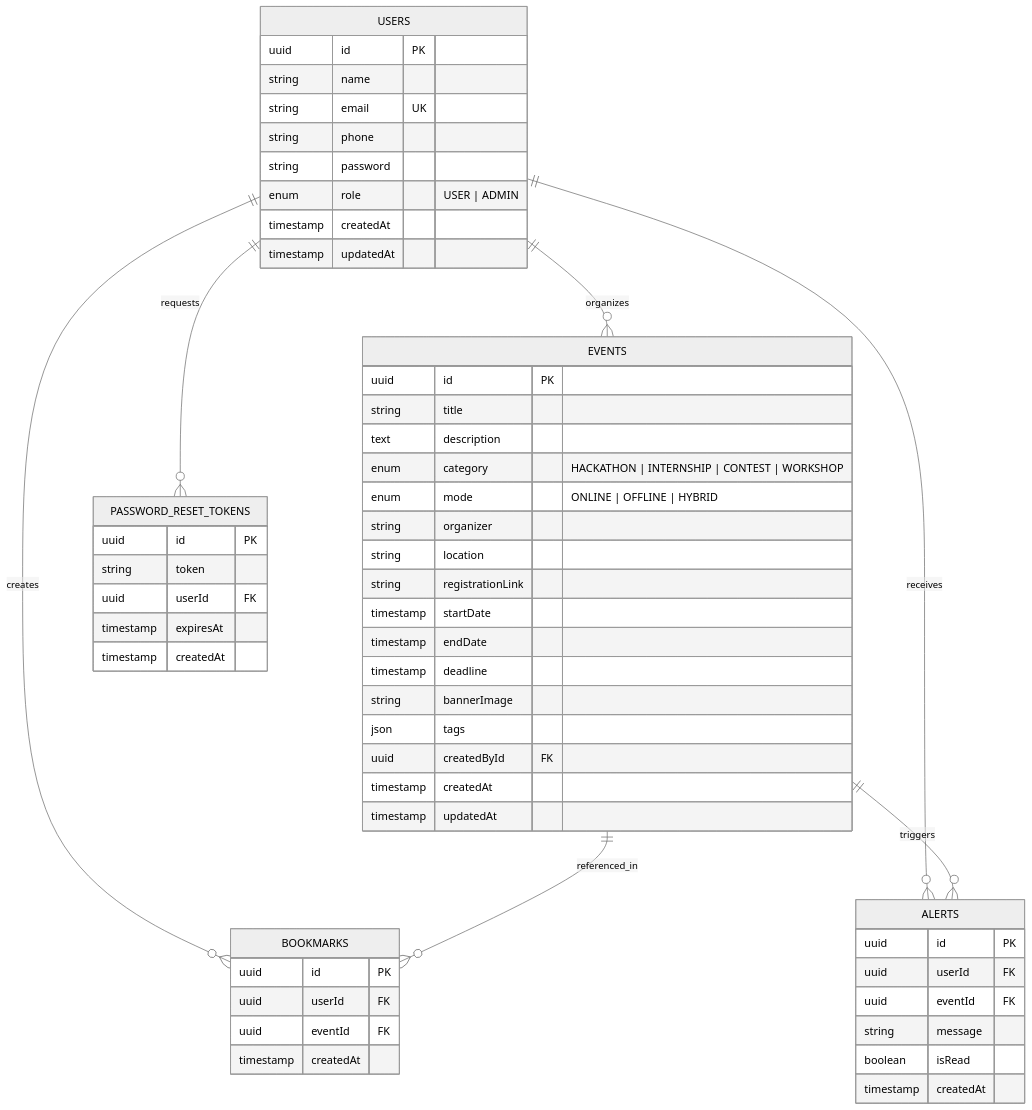
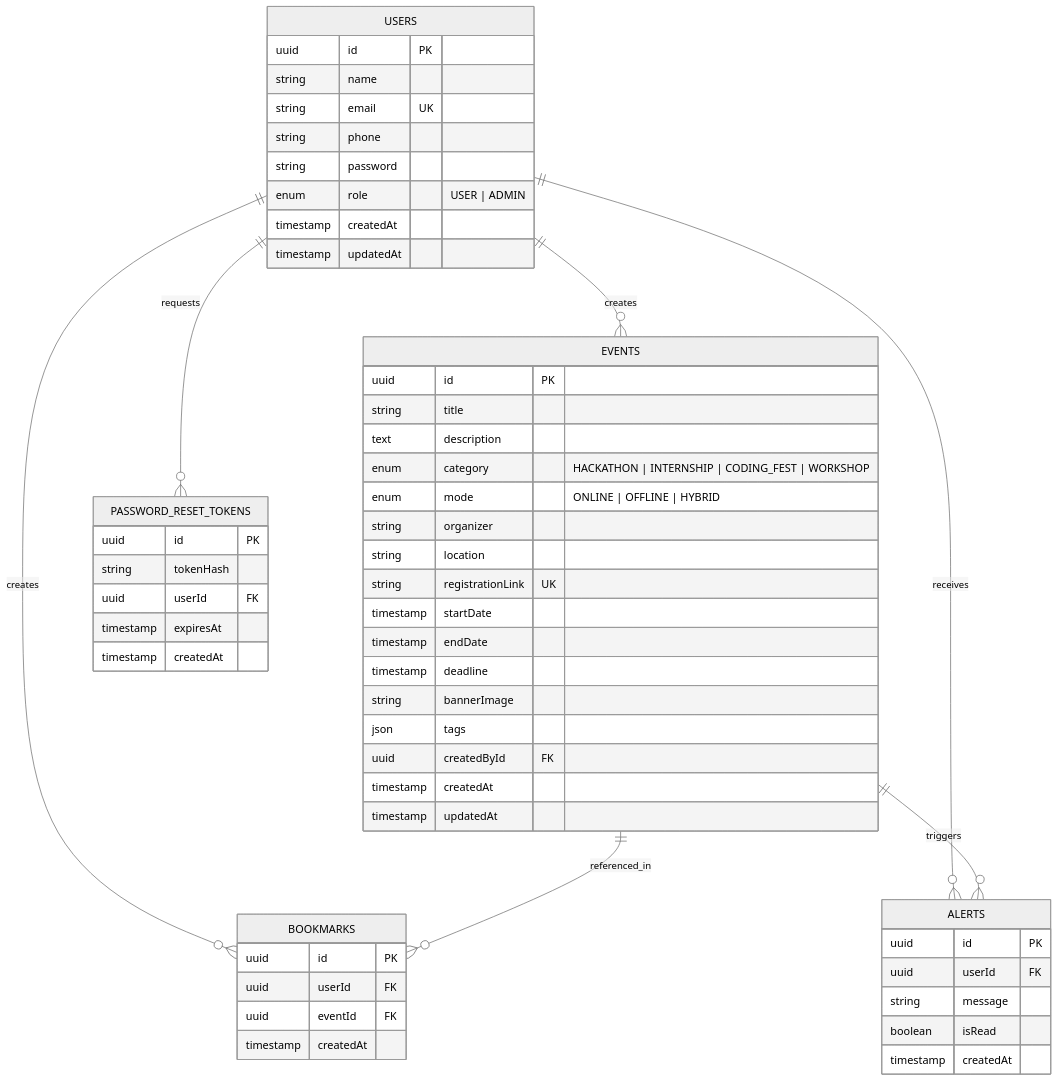
Before and after one commit to Sneha-Pal1/Ignita-fullstack: the second of 2 diagrams in README.md, drawn with Mermaid (neutral theme). The commit also changed other lines of this file and 1 other file, not shown here.

````diff
--- a/README.md
+++ b/README.md
@@ -150,63 +142,62 @@
 ```mermaid
 erDiagram
     USERS ||--o{ BOOKMARKS : creates
     USERS ||--o{ ALERTS : receives
-    USERS ||--o{ EVENTS : organizes
+    USERS ||--o{ EVENTS : creates
     USERS ||--o{ PASSWORD_RESET_TOKENS : requests
     EVENTS ||--o{ BOOKMARKS : referenced_in
     EVENTS ||--o{ ALERTS : triggers
 
     USERS {
         uuid id PK
         string name
         string email UK
         string phone
         string password
         enum role "USER | ADMIN"
         timestamp createdAt
         timestamp updatedAt
     }
 
     EVENTS {
         uuid id PK
         string title
         text description
-        enum category "HACKATHON | INTERNSHIP | CONTEST | WORKSHOP"
+        enum category "HACKATHON | INTERNSHIP | CODING_FEST | WORKSHOP"
         enum mode "ONLINE | OFFLINE | HYBRID"
         string organizer
         string location
-        string registrationLink
+        string registrationLink UK
         timestamp startDate
         timestamp endDate
         timestamp deadline
         string bannerImage
         json tags
         uuid createdById FK
         timestamp createdAt
         timestamp updatedAt
     }
 
     BOOKMARKS {
         uuid id PK
         uuid userId FK
         uuid eventId FK
         timestamp createdAt
     }
 
     ALERTS {
         uuid id PK
         uuid userId FK
-        uuid eventId FK
         string message
         boolean isRead
         timestamp createdAt
     }
 
     PASSWORD_RESET_TOKENS {
         uuid id PK
-        string token
+        string tokenHash
         uuid userId FK
         timestamp expiresAt
         timestamp createdAt
     }
 ```
````
